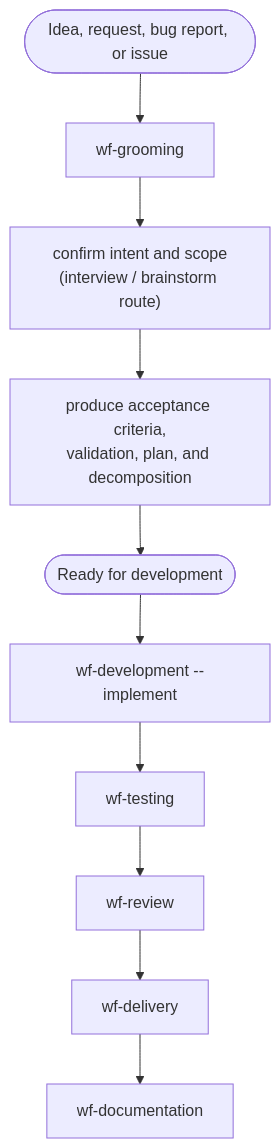
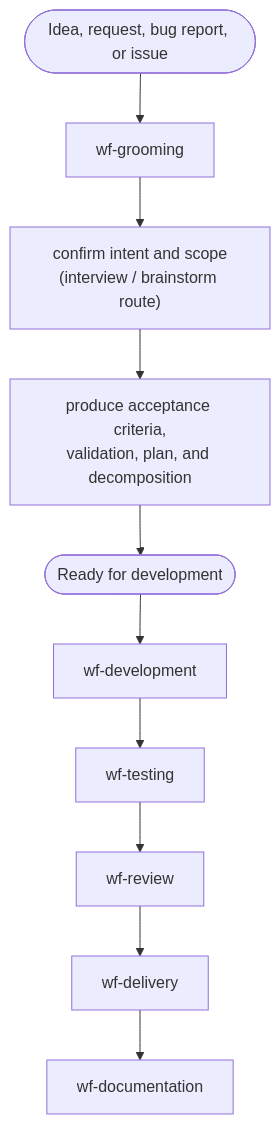
The third of 7 diagrams in plugins/agentic-engineering/FLOWS.md (Life-With-Data/agentic-engineering), drawn with Mermaid before and after one commit. The commit also changed other lines of this file and 168 other files, not shown here.

````diff
--- a/plugins/agentic-engineering/FLOWS.md
+++ b/plugins/agentic-engineering/FLOWS.md
@@ -40,12 +41,12 @@
 ```mermaid
 flowchart TD
     request([Idea, request, bug report, or issue]) --> G["wf-grooming"]
     G --> intent["confirm intent and scope<br/>(interview / brainstorm route)"]
     intent --> plan["produce acceptance criteria,<br/>validation, plan, and decomposition"]
     plan --> ready([Ready for development])
-    ready --> D["wf-development --implement"]
+    ready --> D["wf-development"]
     D --> T["wf-testing"]
     T --> R["wf-review"]
     R --> L["wf-delivery"]
     L --> K["wf-documentation"]
 ```
````
